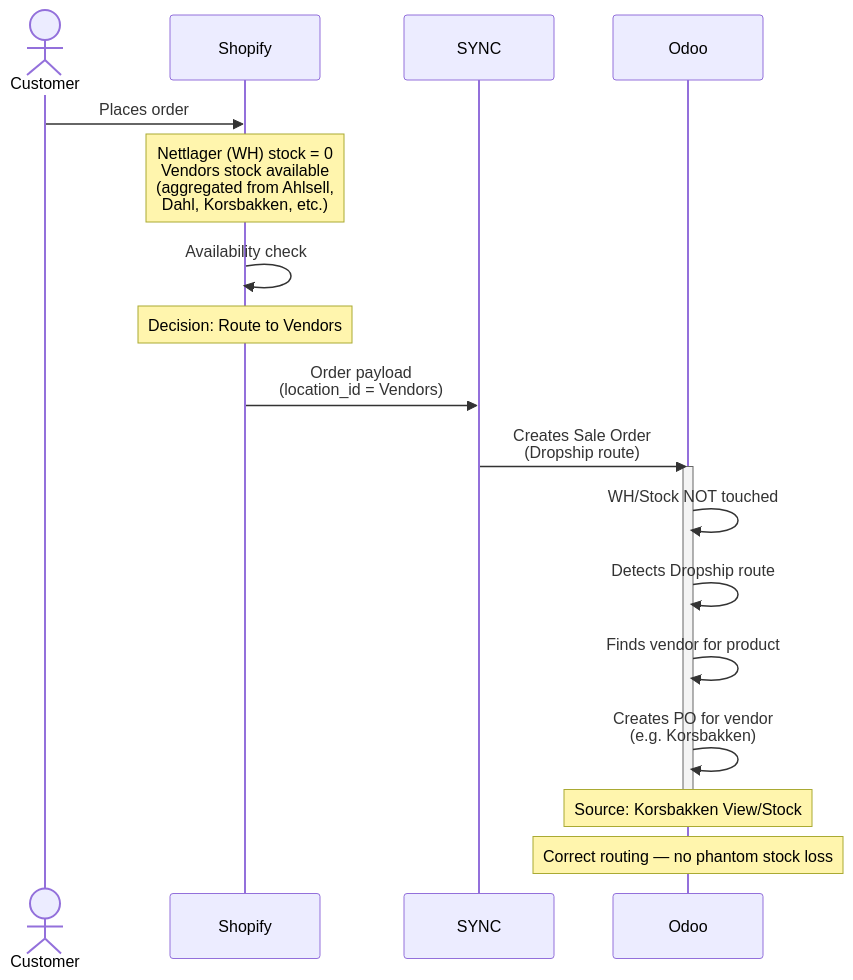
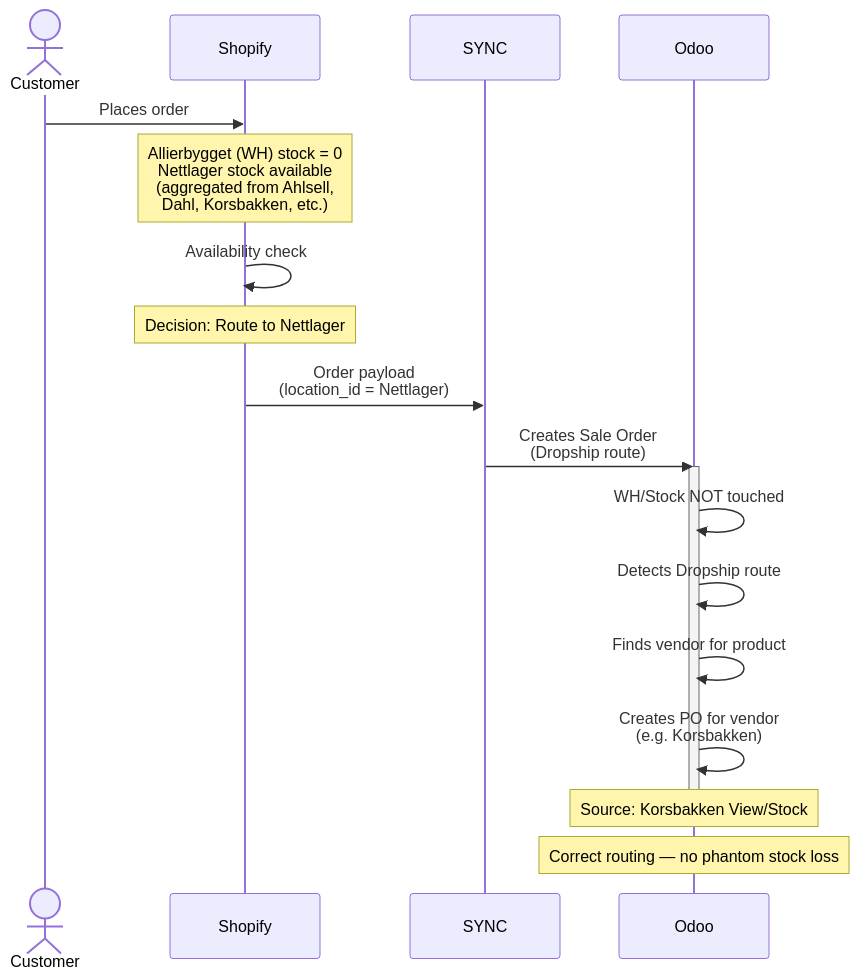
One commit to ozan-droid/documents changed the tenth of 16 diagrams in shopify-sync-odoo-scenarios.md. Above: the diagram before and after it, drawn with Mermaid. The commit also changed other lines of this file, not shown here.

````diff
--- a/shopify-sync-odoo-scenarios.md
+++ b/shopify-sync-odoo-scenarios.md
@@ -425,27 +419,27 @@
 ```mermaid
 sequenceDiagram
     actor Customer
     participant Shopify
     participant SYNC
     participant Odoo
 
     Customer->>Shopify: Places order
 
-    Note over Shopify: Nettlager (WH) stock = 0<br/>Vendors stock available<br/>(aggregated from Ahlsell,<br/>Dahl, Korsbakken, etc.)
+    Note over Shopify: Allierbygget (WH) stock = 0<br/>Nettlager stock available<br/>(aggregated from Ahlsell,<br/>Dahl, Korsbakken, etc.)
 
     Shopify->>Shopify: Availability check
-    Note over Shopify: Decision: Route to Vendors
+    Note over Shopify: Decision: Route to Nettlager
 
-    Shopify->>SYNC: Order payload<br/>(location_id = Vendors)
+    Shopify->>SYNC: Order payload<br/>(location_id = Nettlager)
     SYNC->>Odoo: Creates Sale Order<br/>(Dropship route)
 
     activate Odoo
     Odoo->>Odoo: WH/Stock NOT touched
     Odoo->>Odoo: Detects Dropship route
     Odoo->>Odoo: Finds vendor for product
     Odoo->>Odoo: Creates PO for vendor<br/>(e.g. Korsbakken)
     Note over Odoo: Source: Korsbakken View/Stock
     deactivate Odoo
 
     Note over Odoo: Correct routing — no phantom stock loss
 ```
````
